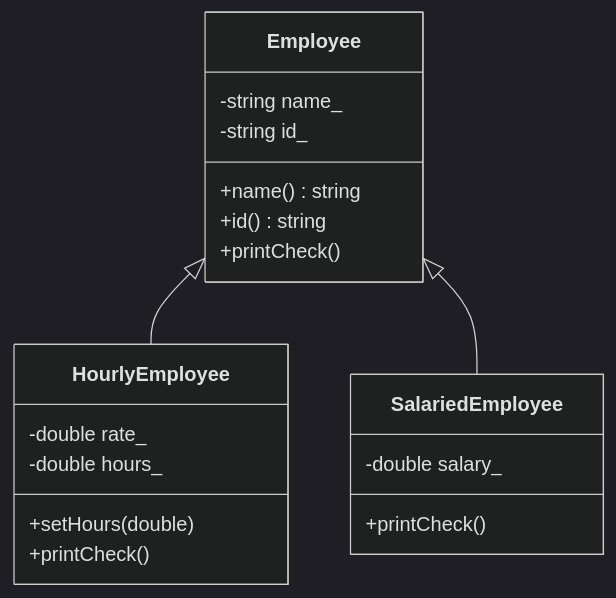
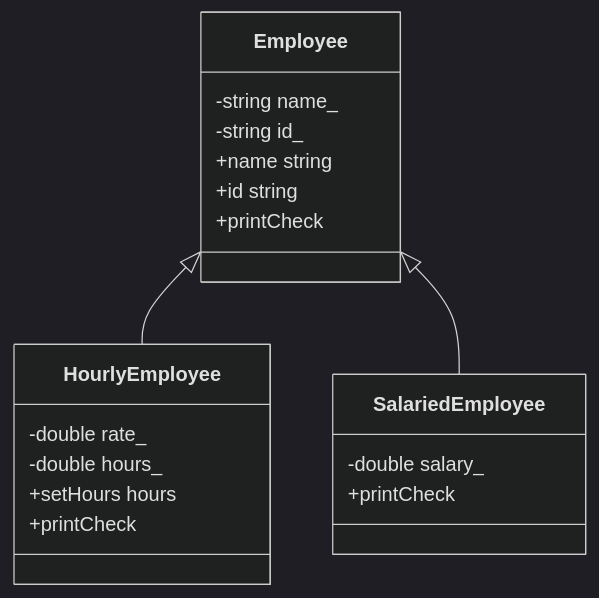
One commit to justinbrianhwang/SJ-wiki changed the diagram in docs/cs/programming/cpp/inheritance.md. Above: the diagram before and after it, drawn with Mermaid (dark theme). The commit also changed other lines of this file and 166 other files, not shown here.

````diff
--- a/docs/cs/programming/cpp/inheritance.md
+++ b/docs/cs/programming/cpp/inheritance.md
@@ -96,22 +108,22 @@
 ```mermaid
 classDiagram
   class Employee {
     -string name_
     -string id_
-    +name() string
-    +id() string
-    +printCheck()
+    +name string
+    +id string
+    +printCheck
   }
   class HourlyEmployee {
     -double rate_
     -double hours_
-    +setHours(double)
-    +printCheck()
+    +setHours hours
+    +printCheck
   }
   class SalariedEmployee {
     -double salary_
-    +printCheck()
+    +printCheck
   }
   Employee <|-- HourlyEmployee
   Employee <|-- SalariedEmployee
 ```
````
